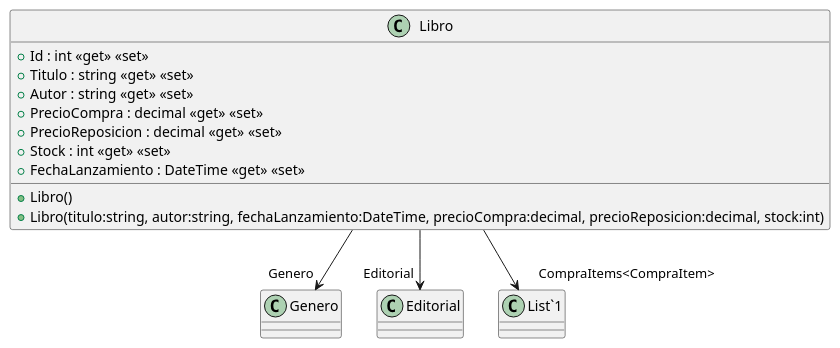
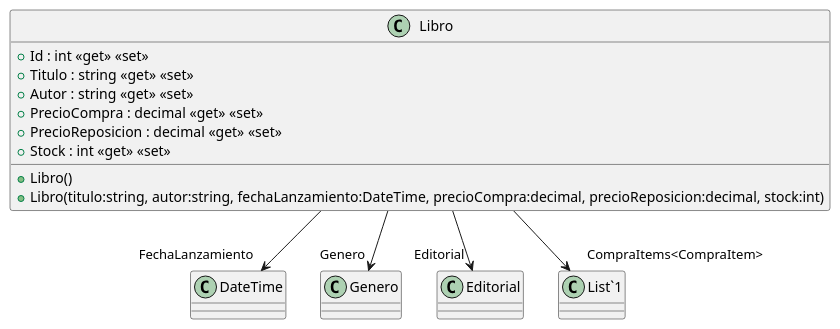
The diagram in src/AppForSEII.API/ClassDiagram/Libro.puml (ISII2627NeedMoneyForMac/ISII2627NeedMoneyForMac), drawn with PlantUML before and after one commit. The commit also changed 6 other files, not shown here.

First line of the commit message:
he creado la clase PayPal y diagrama de clases para CU-ReponerLibros (#50)

```diff
--- a/src/AppForSEII.API/ClassDiagram/Libro.puml
+++ b/src/AppForSEII.API/ClassDiagram/Libro.puml
@@ -1,17 +1,16 @@
 @startuml
 class Libro {
     + Libro()
     + Libro(titulo:string, autor:string, fechaLanzamiento:DateTime, precioCompra:decimal, precioReposicion:decimal, stock:int)
     + Id : int <<get>> <<set>>
     + Titulo : string <<get>> <<set>>
     + Autor : string <<get>> <<set>>
     + PrecioCompra : decimal <<get>> <<set>>
     + PrecioReposicion : decimal <<get>> <<set>>
     + Stock : int <<get>> <<set>>
-    + FechaLanzamiento : DateTime <<get>> <<set>>
 }
-
+Libro --> "FechaLanzamiento" DateTime
 Libro --> "Genero" Genero
 Libro --> "Editorial" Editorial
 Libro --> "CompraItems<CompraItem>" "List`1"
 @enduml
```
